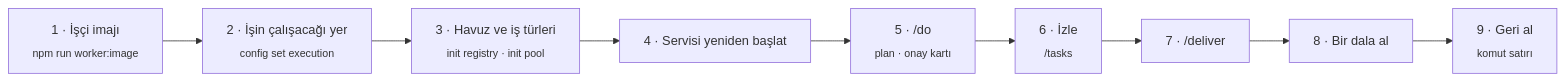
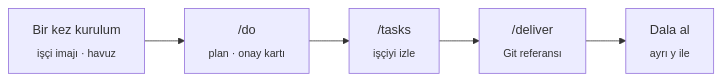
The fourth of 6 diagrams in README.tr.md (Verhex/deckent-next), drawn with Mermaid before and after one commit. The commit also changed other lines of this file and 3 other files, not shown here.

````diff
--- a/README.tr.md
+++ b/README.tr.md
@@ -170,11 +222,7 @@
 ```mermaid
 flowchart LR
-  W["1 · İşçi imajı<br/><sub>npm run worker:image</sub>"] --> E["2 · İşin çalışacağı yer<br/><sub>config set execution</sub>"]
-  E --> A["3 · Havuz ve iş türleri<br/><sub>init registry · init pool</sub>"]
-  A --> R["4 · Servisi yeniden başlat"]
-  R --> D["5 · /do<br/><sub>plan · onay kartı</sub>"]
-  D --> T["6 · İzle<br/><sub>/tasks</sub>"]
-  T --> L["7 · /deliver"]
-  L --> B["8 · Bir dala al"]
-  B --> U["9 · Geri al<br/><sub>komut satırı</sub>"]
+  S["Bir kez kurulum<br/><sub>işçi imajı · havuz</sub>"] --> D["/do<br/><sub>plan · onay kartı</sub>"]
+  D --> T["/tasks<br/><sub>işçiyi izle</sub>"]
+  T --> L["/deliver<br/><sub>Git referansı</sub>"]
+  L --> B["Dala al<br/><sub>ayrı y ile</sub>"]
 ```
````
